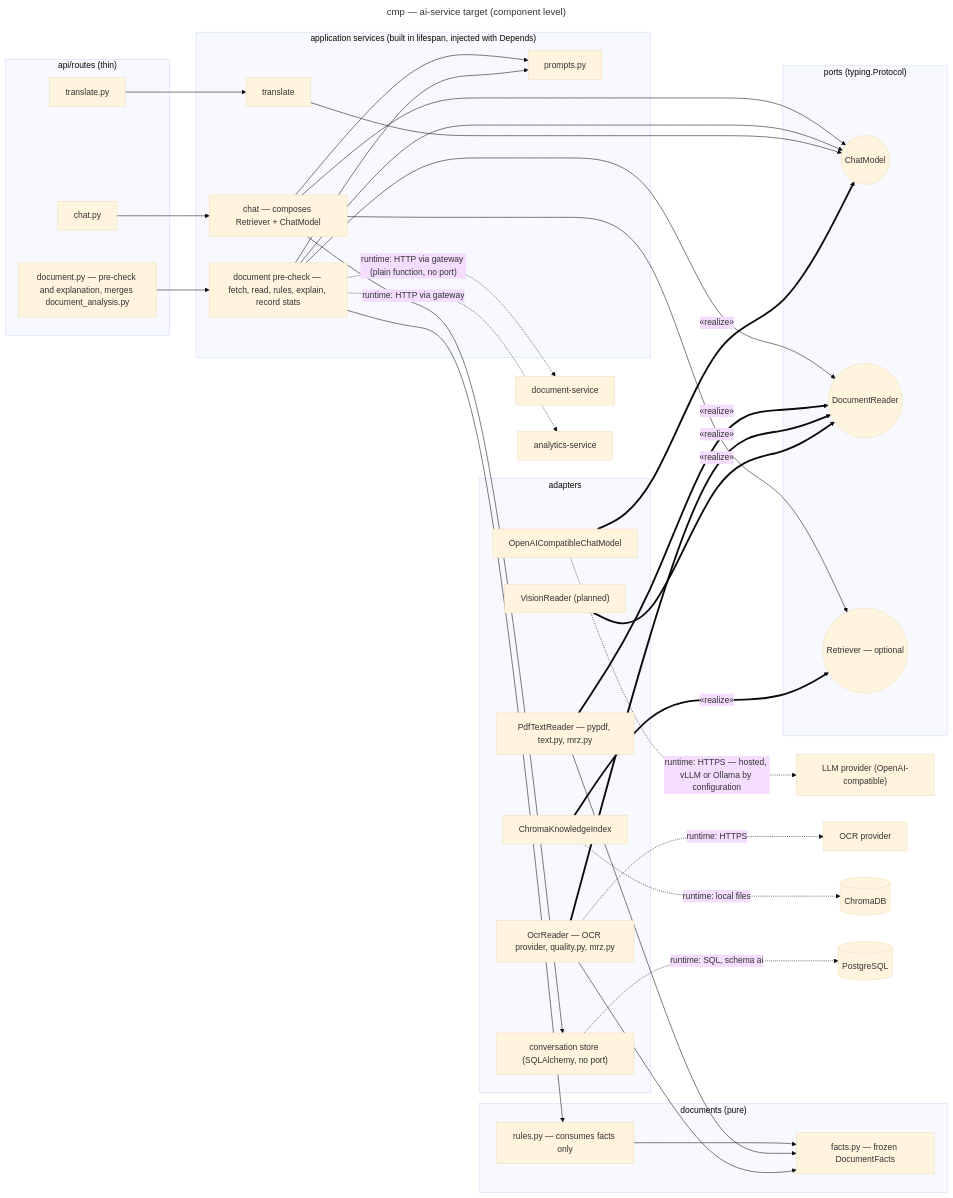
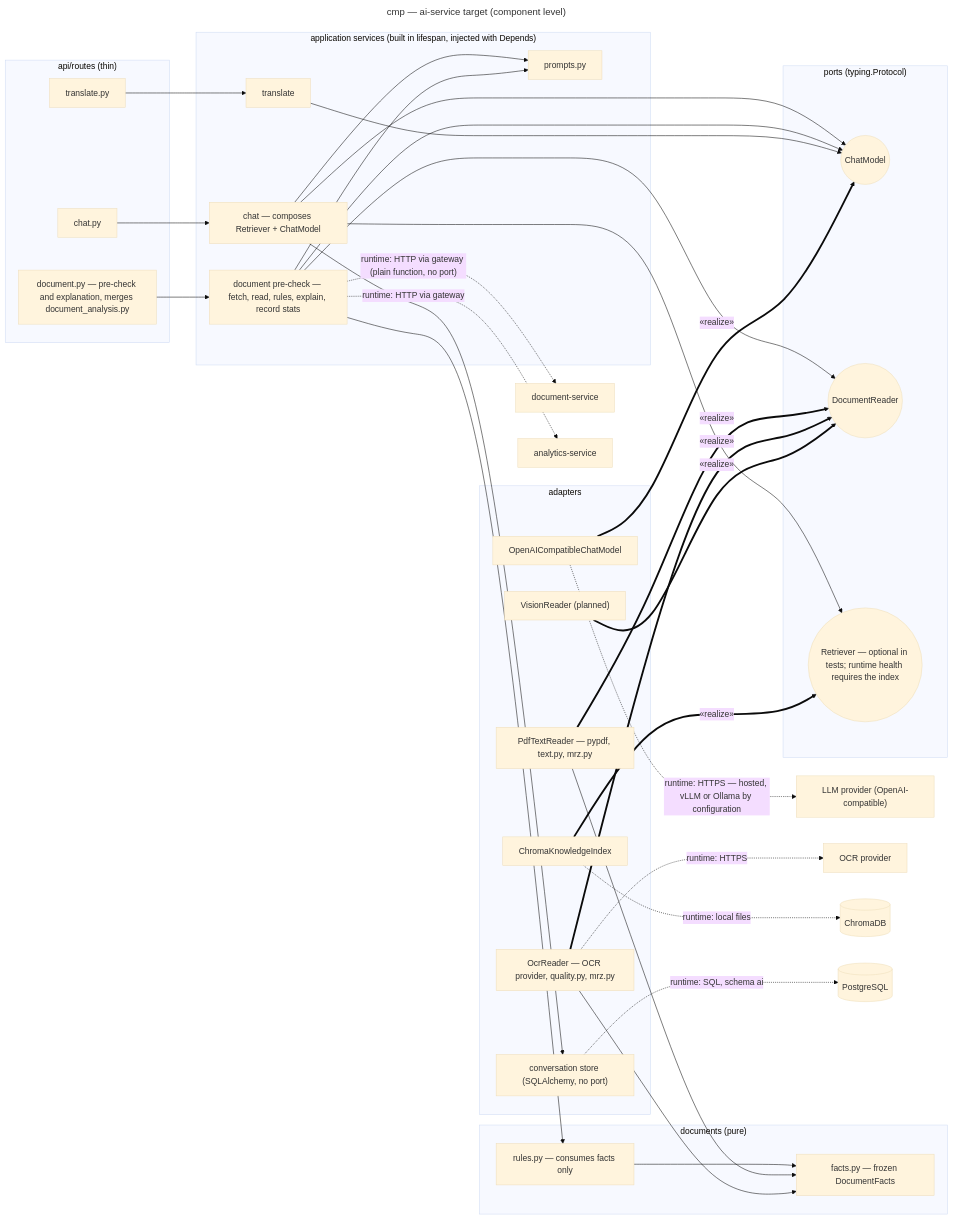
Before and after one commit to IsmailMifdal/IADAF-YDAYS: the second of 2 diagrams in docs/architecture/diagrams/architecture/03b-component-ai-service.md, drawn with Mermaid (base theme). The commit also changed other lines of this file and 4 other files, not shown here.

````diff
--- a/docs/architecture/diagrams/architecture/03b-component-ai-service.md
+++ b/docs/architecture/diagrams/architecture/03b-component-ai-service.md
@@ -68,60 +68,60 @@
 ```mermaid
 ---
 title: cmp — ai-service target (component level)
 ---
 flowchart LR
   subgraph Routes ["api/routes (thin)"]
     RChat["chat.py"]
     RDoc["document.py — pre-check and explanation, merges document_analysis.py"]
     RTr["translate.py"]
   end
   subgraph UseCases ["application services (built in lifespan, injected with Depends)"]
     UChat["chat — composes Retriever + ChatModel"]
     UPre["document pre-check — fetch, read, rules, explain, record stats"]
     UTr["translate"]
     Prompts["prompts.py"]
   end
   subgraph Ports ["ports (typing.Protocol)"]
     PChat(("ChatModel"))
     PRead(("DocumentReader"))
-    PRet(("Retriever — optional"))
+    PRet(("Retriever — optional in tests; runtime health requires the index"))
   end
   subgraph Docs ["documents (pure)"]
     Facts["facts.py — frozen DocumentFacts"]
     Rules["rules.py — consumes facts only"]
   end
   subgraph Adapters ["adapters"]
     AChat["OpenAICompatibleChatModel"]
     APdf["PdfTextReader — pypdf, text.py, mrz.py"]
     AOcr["OcrReader — OCR provider, quality.py, mrz.py"]
     AVis["VisionReader (planned)"]
     AIdx["ChromaKnowledgeIndex"]
     AConv["conversation store (SQLAlchemy, no port)"]
   end
   RChat --> UChat
   RDoc --> UPre
   RTr --> UTr
   UChat --> PChat
   UChat --> PRet
   UChat --> Prompts
   UChat --> AConv
   UPre --> PRead
   UPre --> PChat
   UPre --> Prompts
   UPre --> Rules
   UTr --> PChat
   Rules --> Facts
   AChat ==>|"«realize»"| PChat
   APdf ==>|"«realize»"| PRead
   AOcr ==>|"«realize»"| PRead
   AVis ==>|"«realize»"| PRead
   AIdx ==>|"«realize»"| PRet
   APdf --> Facts
   AOcr --> Facts
   AChat -.->|"runtime: HTTPS — hosted, vLLM or Ollama by configuration"| LLMApi["LLM provider (OpenAI-compatible)"]
   AOcr -.->|"runtime: HTTPS"| OcrApi["OCR provider"]
   AIdx -.->|"runtime: local files"| Chroma[("ChromaDB")]
   AConv -.->|"runtime: SQL, schema ai"| Pg[("PostgreSQL")]
   UPre -.->|"runtime: HTTP via gateway (plain function, no port)"| DocSvc["document-service"]
   UPre -.->|"runtime: HTTP via gateway"| AnaSvc["analytics-service"]
 ```
````
